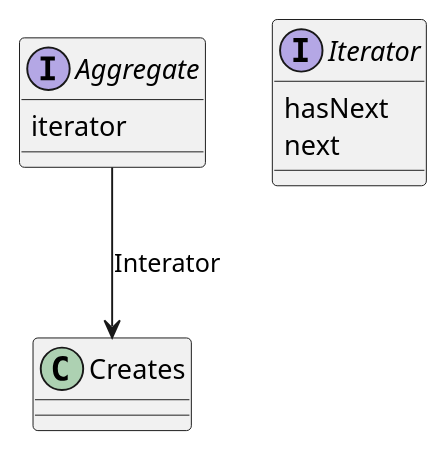
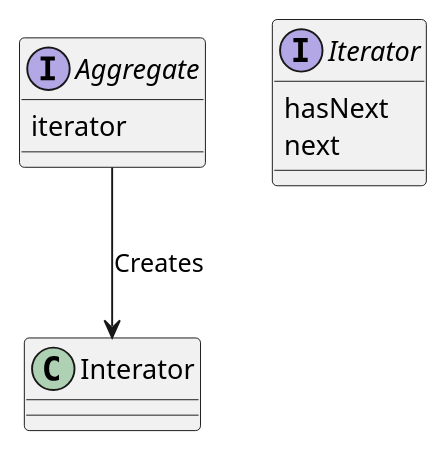
The diagram in php/iterator/README.md (ku2ma2/design_pattern), drawn with PlantUML before and after one commit.

````diff
--- a/php/iterator/README.md
+++ b/php/iterator/README.md
@@ -4,17 +4,17 @@
 ```uml
 @startuml
 
 
 interface Aggregate {
     iterator
 }
 
 interface Iterator {
     hasNext
     next
 }
 
-Aggregate --> "Creates" : Interator
+Aggregate --> "Interator" : Creates
 
 @enduml
 ```
````
